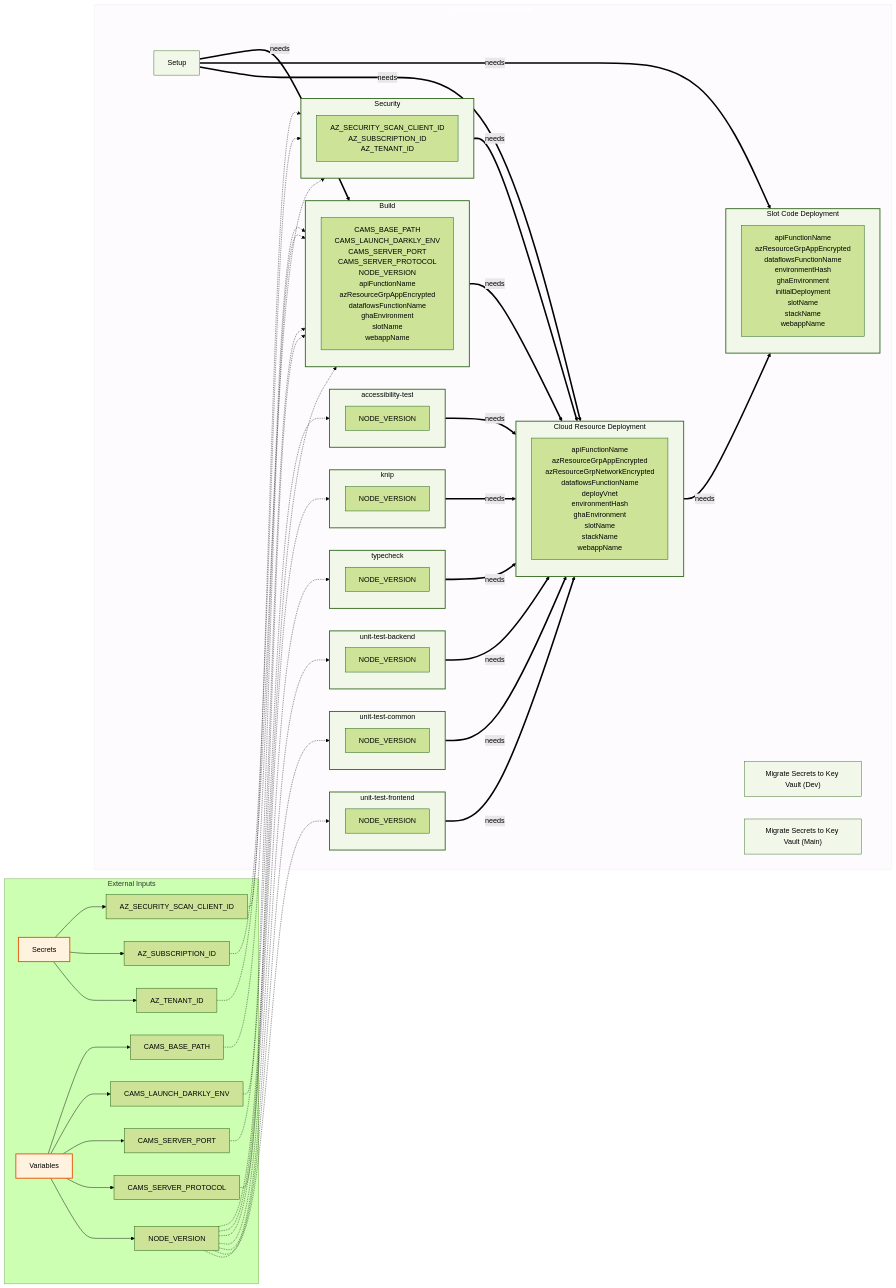
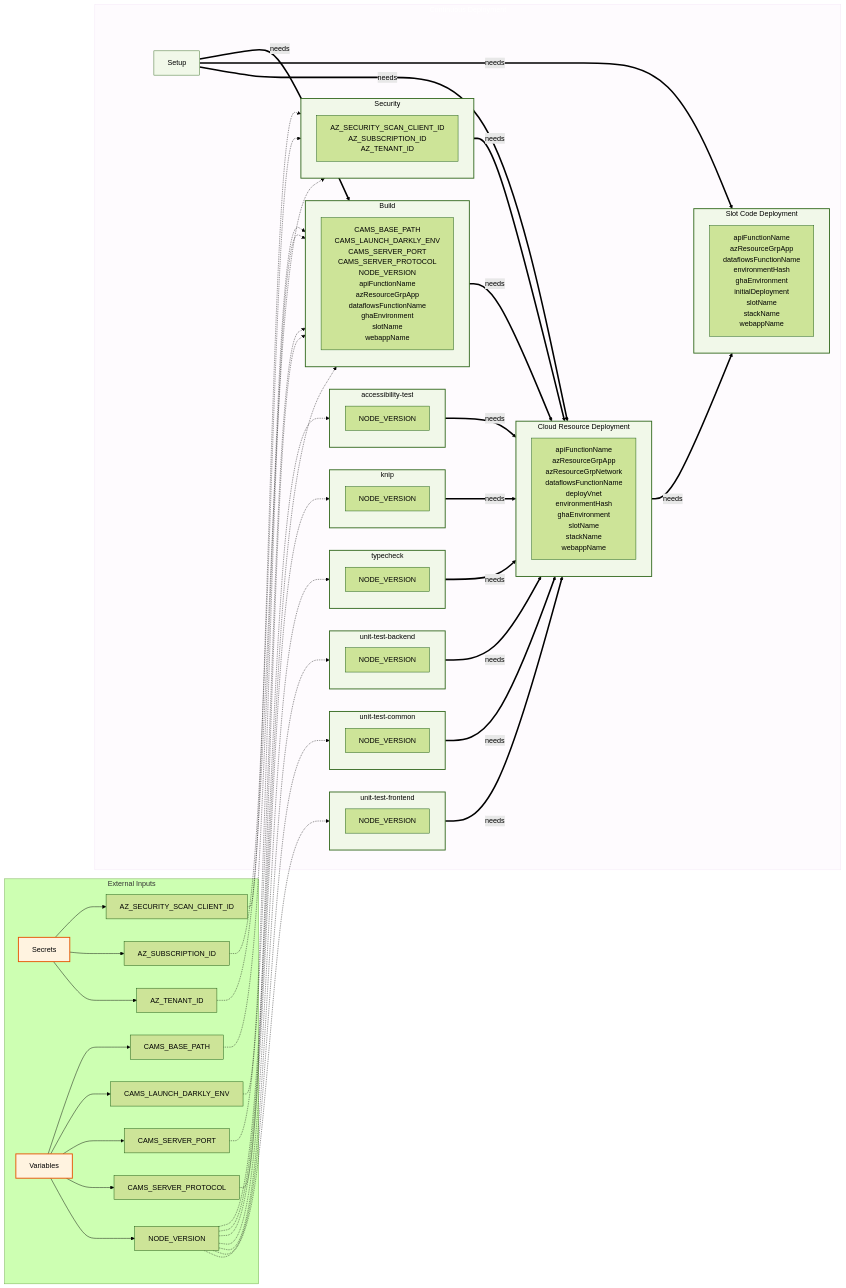
Before and after one commit to US-Trustee-Program/Bankruptcy-Oversight-Support-Systems: diagram 14 of 25 in docs/operations/workflow-diagram.md, drawn with Mermaid (forest theme). The commit also changed other lines of this file and 14 other files, not shown here.

```diff
--- a/docs/operations/workflow-diagram.md
+++ b/docs/operations/workflow-diagram.md
@@ -905,8 +889,6 @@
 
     subgraph continuous_deployment_workflow["Continuous Deployment"]
         setup["Setup"]
-        migrate_secrets_to_keyvault_dev["Migrate Secrets to Key Vault (Dev)"]
-        migrate_secrets_to_keyvault_main["Migrate Secrets to Key Vault (Main)"]
         subgraph accessibility_test_subgraph["accessibility-test"]
             accessibility_test_vars["NODE_VERSION"]
         end
@@ -929,13 +911,13 @@
             security_scan_vars["AZ_SECURITY_SCAN_CLIENT_ID<br/>AZ_SUBSCRIPTION_ID<br/>AZ_TENANT_ID"]
         end
         subgraph build_subgraph["Build"]
-            build_vars["CAMS_BASE_PATH<br/>CAMS_LAUNCH_DARKLY_ENV<br/>CAMS_SERVER_PORT<br/>CAMS_SERVER_PROTOCOL<br/>NODE_VERSION<br/>apiFunctionName<br/>azResourceGrpAppEncrypted<br/>dataflowsFunctionName<br/>ghaEnvironment<br/>slotName<br/>webappName"]
+            build_vars["CAMS_BASE_PATH<br/>CAMS_LAUNCH_DARKLY_ENV<br/>CAMS_SERVER_PORT<br/>CAMS_SERVER_PROTOCOL<br/>NODE_VERSION<br/>apiFunctionName<br/>azResourceGrpApp<br/>dataflowsFunctionName<br/>ghaEnvironment<br/>slotName<br/>webappName"]
         end
         subgraph deploy_subgraph["Cloud Resource Deployment"]
-            deploy_vars["apiFunctionName<br/>azResourceGrpAppEncrypted<br/>azResourceGrpNetworkEncrypted<br/>dataflowsFunctionName<br/>deployVnet<br/>environmentHash<br/>ghaEnvironment<br/>slotName<br/>stackName<br/>webappName"]
+            deploy_vars["apiFunctionName<br/>azResourceGrpApp<br/>azResourceGrpNetwork<br/>dataflowsFunctionName<br/>deployVnet<br/>environmentHash<br/>ghaEnvironment<br/>slotName<br/>stackName<br/>webappName"]
         end
         subgraph deploy_code_slot_subgraph["Slot Code Deployment"]
-            deploy_code_slot_vars["apiFunctionName<br/>azResourceGrpAppEncrypted<br/>dataflowsFunctionName<br/>environmentHash<br/>ghaEnvironment<br/>initialDeployment<br/>slotName<br/>stackName<br/>webappName"]
+            deploy_code_slot_vars["apiFunctionName<br/>azResourceGrpApp<br/>dataflowsFunctionName<br/>environmentHash<br/>ghaEnvironment<br/>initialDeployment<br/>slotName<br/>stackName<br/>webappName"]
         end
     end
 
@@ -986,8 +968,6 @@
     class deploy_subgraph jobSubgraph
     class deploy_code_slot_subgraph jobSubgraph
     class knip_subgraph jobSubgraph
-    class migrate_secrets_to_keyvault_dev job
-    class migrate_secrets_to_keyvault_main job
     class security_scan_subgraph jobSubgraph
     class setup job
     class typecheck_subgraph jobSubgraph
```
